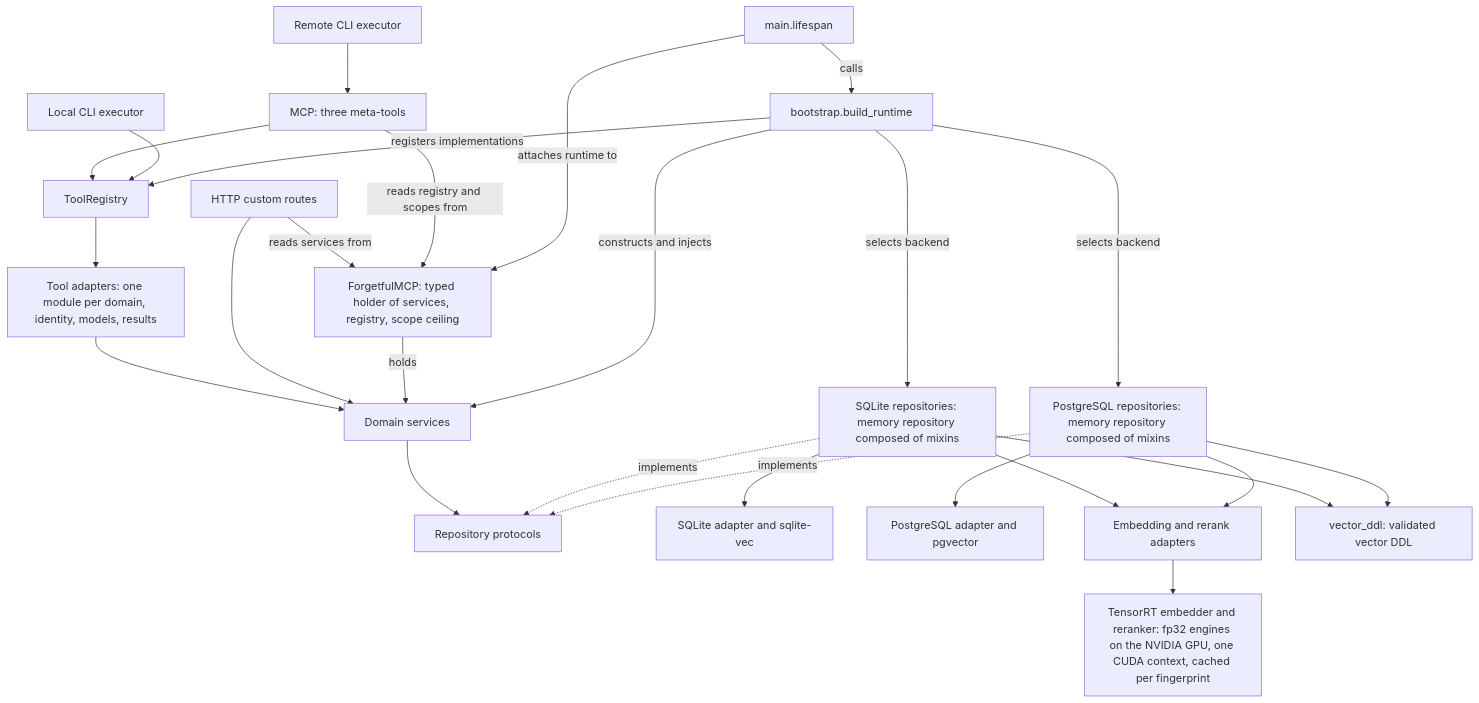
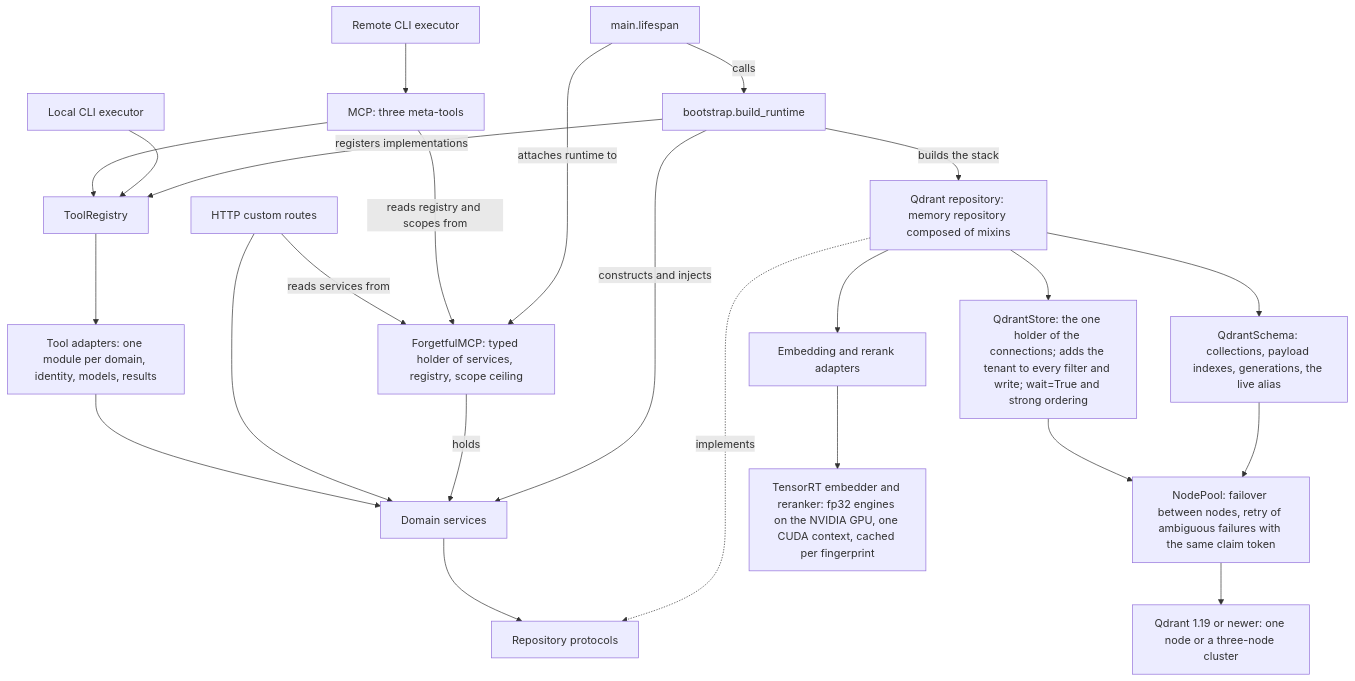
Before and after one commit to Axiumine/axmem: the diagram in architecture.md, drawn with Mermaid. The commit also changed other lines of this file and 407 other files, not shown here.

First line of the commit message:
🤖 feat(store): Qdrant becomes the only store

````diff
--- a/architecture.md
+++ b/architecture.md
@@ -26,29 +27,27 @@
 ```mermaid
 flowchart TD
     MCP["MCP: three meta-tools"] --> Registry["ToolRegistry"]
     Local["Local CLI executor"] --> Registry
     Remote["Remote CLI executor"] --> MCP
     Registry --> ToolAdapters["Tool adapters: one module per domain, identity, models, results"]
     ToolAdapters --> Services["Domain services"]
     HTTP["HTTP custom routes"] --> Services
     Server["ForgetfulMCP: typed holder of services, registry, scope ceiling"]
     HTTP -->|reads services from| Server
     MCP -->|reads registry and scopes from| Server
     Server -->|holds| Services
     Services --> Contracts["Repository protocols"]
-    SQLite["SQLite repositories: memory repository composed of mixins"] -. implements .-> Contracts
-    Postgres["PostgreSQL repositories: memory repository composed of mixins"] -. implements .-> Contracts
-    SQLite --> SQLiteDB["SQLite adapter and sqlite-vec"]
-    Postgres --> PostgresDB["PostgreSQL adapter and pgvector"]
-    SQLite --> Providers["Embedding and rerank adapters"]
-    Postgres --> Providers
+    Qdrant["Qdrant repository: memory repository composed of mixins"] -. implements .-> Contracts
+    Qdrant --> Store["QdrantStore: the one holder of the connections; adds the tenant to every filter and write; wait=True and strong ordering"]
+    Qdrant --> Schema["QdrantSchema: collections, payload indexes, generations, the live alias"]
+    Store --> Pool["NodePool: failover between nodes, retry of ambiguous failures with the same claim token"]
+    Schema --> Pool
+    Pool --> QdrantDB["Qdrant 1.19 or newer: one node or a three-node cluster"]
+    Qdrant --> Providers["Embedding and rerank adapters"]
     Providers --> TensorRT["TensorRT embedder and reranker: fp32 engines on the NVIDIA GPU, one CUDA context, cached per fingerprint"]
-    SQLite --> VectorDDL["vector_ddl: validated vector DDL"]
-    Postgres --> VectorDDL
     Lifespan["main.lifespan"] -->|calls| Bootstrap["bootstrap.build_runtime"]
     Lifespan -->|attaches runtime to| Server
     Bootstrap -->|constructs and injects| Services
     Bootstrap -->|registers implementations| Registry
-    Bootstrap -->|selects backend| SQLite
-    Bootstrap -->|selects backend| Postgres
+    Bootstrap -->|builds the stack| Qdrant
 ```
````
